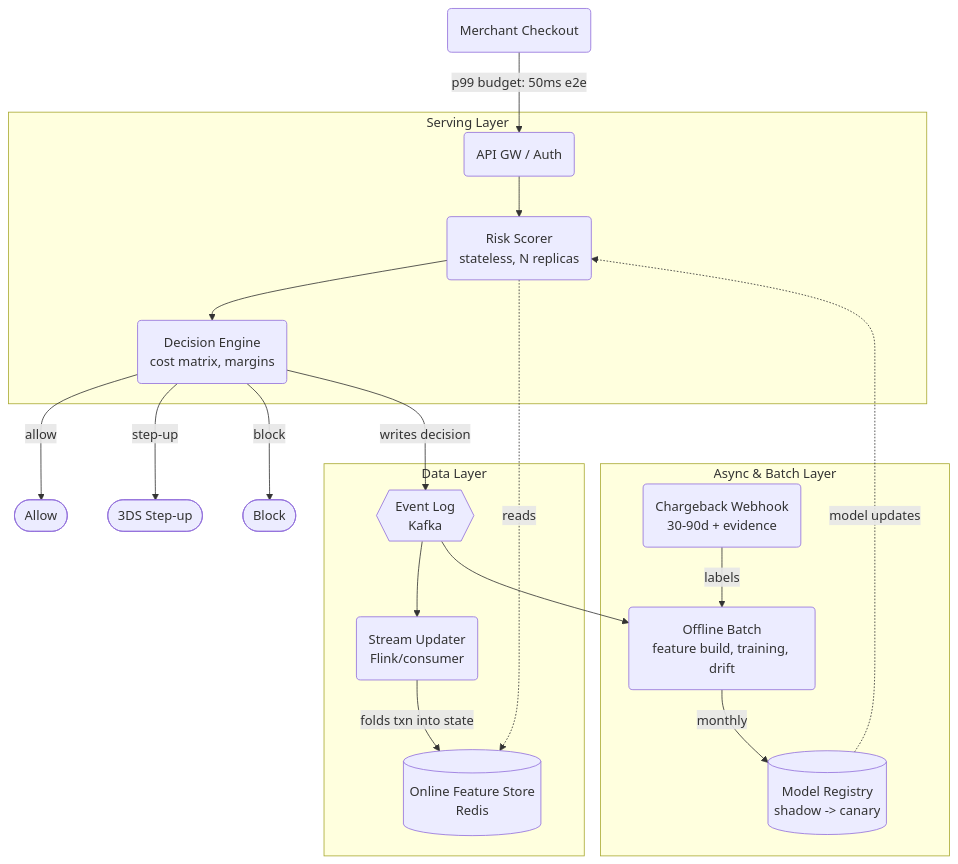
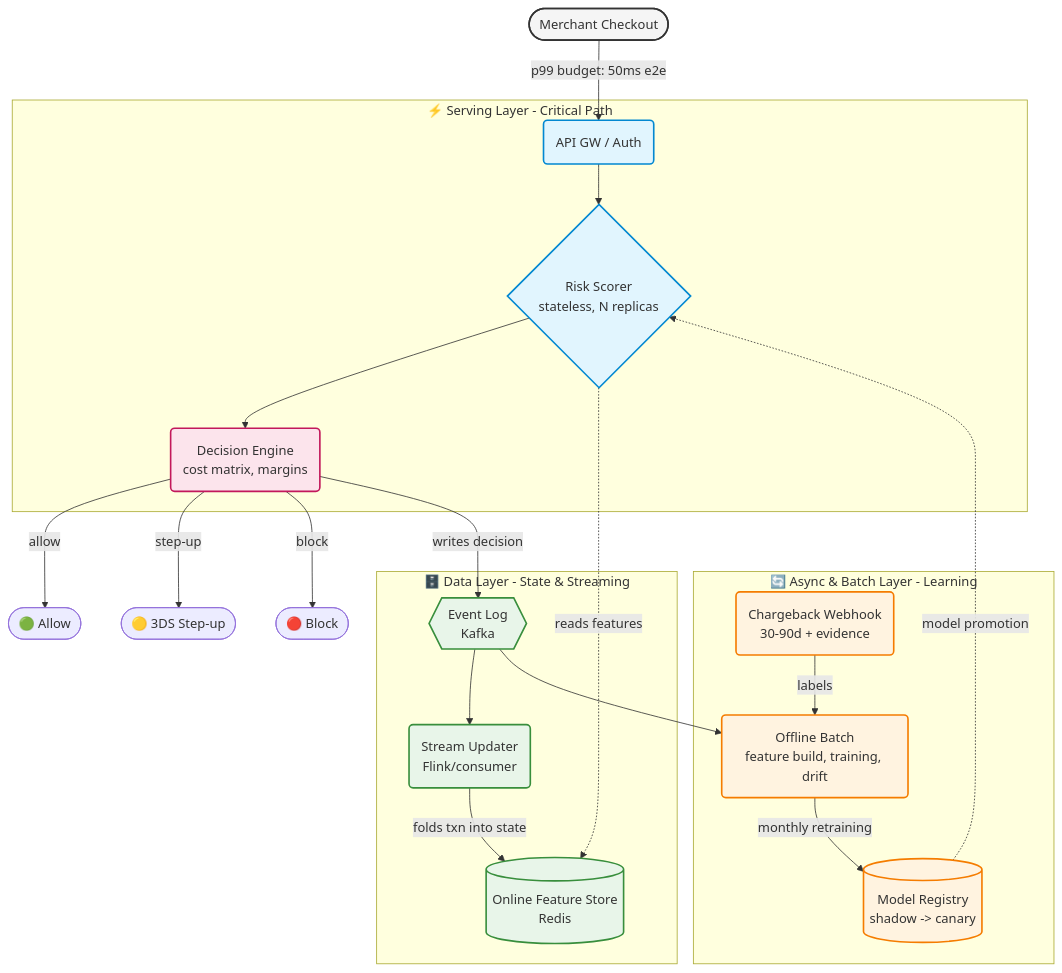
One commit to 23nash-naaz/riskshield_1 changed the diagram in riskshield/ARCHITECTURE.md. Above: the diagram before and after it, drawn with Mermaid. The commit also changed other lines of this file, not shown here.

Commit message:
docs: Polish ARCHITECTURE.md for production readiness and readability

````diff
--- a/riskshield/ARCHITECTURE.md
+++ b/riskshield/ARCHITECTURE.md
@@ -7,41 +12,49 @@
 ```mermaid
 flowchart TD
-    MC(Merchant Checkout)
+    %% Styling
+    classDef client fill:#f5f5f5,stroke:#333,stroke-width:2px;
+    classDef serving fill:#e1f5fe,stroke:#0288d1,stroke-width:2px;
+    classDef data fill:#e8f5e9,stroke:#388e3c,stroke-width:2px;
+    classDef async fill:#fff3e0,stroke:#f57c00,stroke-width:2px;
+    classDef decision fill:#fce4ec,stroke:#c2185b,stroke-width:2px;
+
+    MC([Merchant Checkout]):::client
     
-    subgraph Serving [Serving Layer]
-        GW(API GW / Auth)
-        RS(Risk Scorer<br/>stateless, N replicas)
-        DE(Decision Engine<br/>cost matrix, margins)
+    subgraph Serving [⚡ Serving Layer - Critical Path]
+        GW(API GW / Auth):::serving
+        RS{Risk Scorer<br/>stateless, N replicas}:::serving
+        DE(Decision Engine<br/>cost matrix, margins):::decision
     end
     
-    subgraph Data [Data Layer]
-        OFS[(Online Feature Store<br/>Redis)]
-        EL{{Event Log<br/>Kafka}}
-        SU(Stream Updater<br/>Flink/consumer)
+    subgraph Data [🗄️ Data Layer - State & Streaming]
+        OFS[(Online Feature Store<br/>Redis)]:::data
+        EL{{Event Log<br/>Kafka}}:::data
+        SU(Stream Updater<br/>Flink/consumer):::data
     end
     
-    subgraph Async [Async & Batch Layer]
-        CB(Chargeback Webhook<br/>30-90d + evidence)
-        OB(Offline Batch<br/>feature build, training, drift)
-        MR[(Model Registry<br/>shadow -> canary)]
+    subgraph Async [🔄 Async & Batch Layer - Learning]
+        CB(Chargeback Webhook<br/>30-90d + evidence):::async
+        OB(Offline Batch<br/>feature build, training, drift):::async
+        MR[(Model Registry<br/>shadow -> canary)]:::async
     end
 
+    %% Flow
     MC -->|p99 budget: 50ms e2e| GW
     GW --> RS
     RS --> DE
     
-    DE -->|allow| Allow([Allow])
-    DE -->|step-up| 3DS([3DS Step-up])
-    DE -->|block| Block([Block])
+    DE -->|allow| Allow([🟢 Allow])
+    DE -->|step-up| 3DS([🟡 3DS Step-up])
+    DE -->|block| Block([🔴 Block])
     
-    RS -.->|reads| OFS
+    RS -.->|reads features| OFS
     DE -->|writes decision| EL
     
     EL --> SU
     SU -->|folds txn into state| OFS
     EL --> OB
     
     CB -->|labels| OB
-    OB -->|monthly| MR
-    MR -.->|model updates| RS
+    OB -->|monthly retraining| MR
+    MR -.->|model promotion| RS
 ```
````
